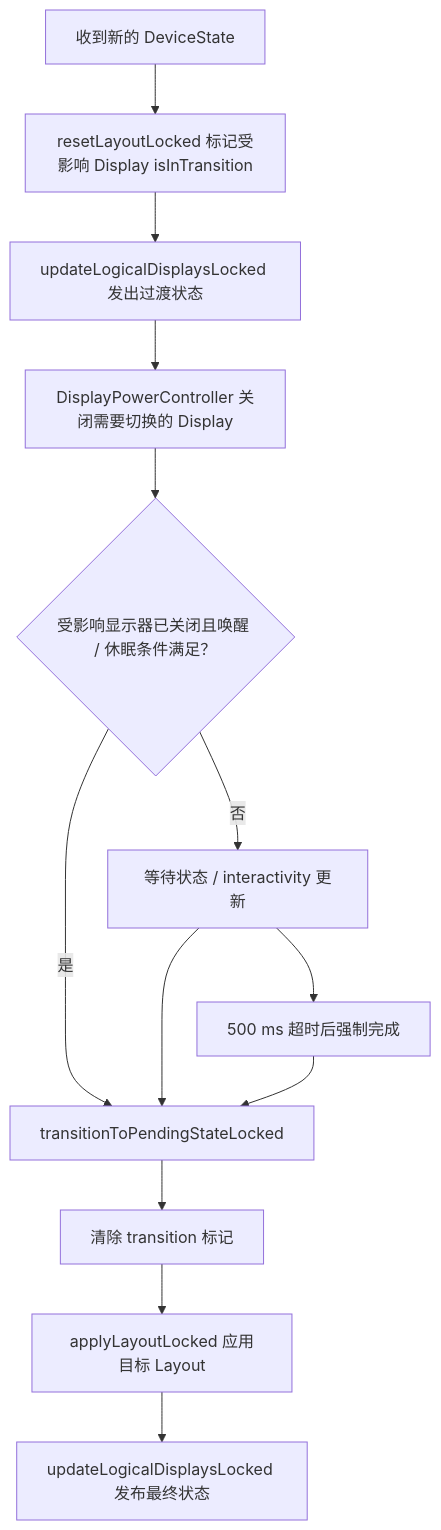
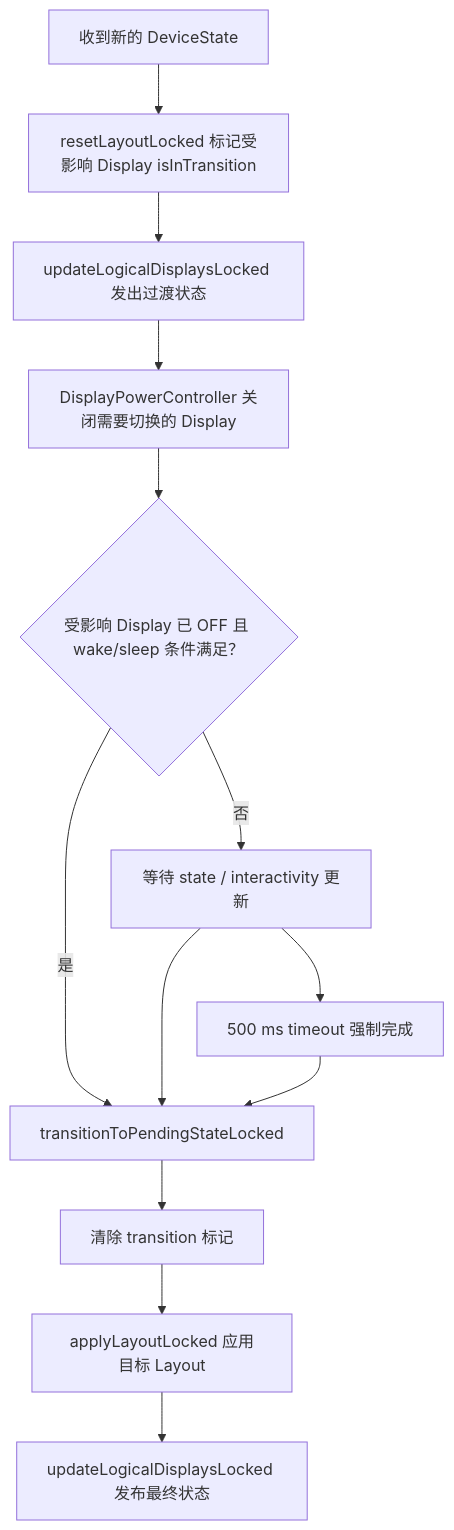
Before and after one commit to Gracker/android-internals-wiki: the third of 3 diagrams in src/part1-fundamentals/ch02-rendering/30-displaymanager-service-lifecycle.md, drawn with Mermaid. The commit also changed other lines of this file, not shown here.

````diff
--- a/src/part1-fundamentals/ch02-rendering/30-displaymanager-service-lifecycle.md
+++ b/src/part1-fundamentals/ch02-rendering/30-displaymanager-service-lifecycle.md
@@ -290,15 +290,15 @@
 ```mermaid
 flowchart TD
     A["收到新的 DeviceState"] --> B["resetLayoutLocked 标记受影响 Display isInTransition"]
     B --> C["updateLogicalDisplaysLocked 发出过渡状态"]
     C --> D["DisplayPowerController 关闭需要切换的 Display"]
-    D --> E{"受影响显示器已关闭且唤醒 / 休眠条件满足？"}
+    D --> E{"受影响 Display 已 OFF 且 wake/sleep 条件满足？"}
     E -->|是| F["transitionToPendingStateLocked"]
-    E -->|否| G["等待状态 / interactivity 更新"]
+    E -->|否| G["等待 state / interactivity 更新"]
     G --> F
-    G --> H["500 ms 超时后强制完成"]
+    G --> H["500 ms timeout 强制完成"]
     H --> F
     F --> I["清除 transition 标记"]
     I --> J["applyLayoutLocked 应用目标 Layout"]
     J --> K["updateLogicalDisplaysLocked 发布最终状态"]
 ```
````
